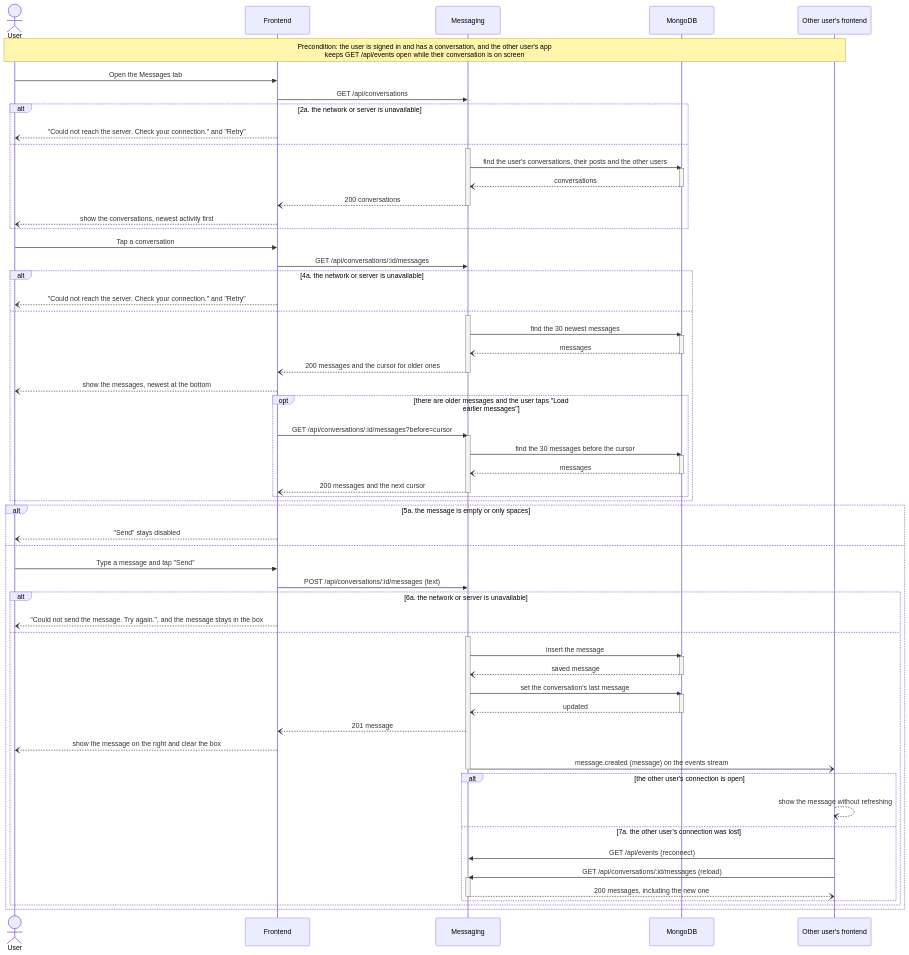
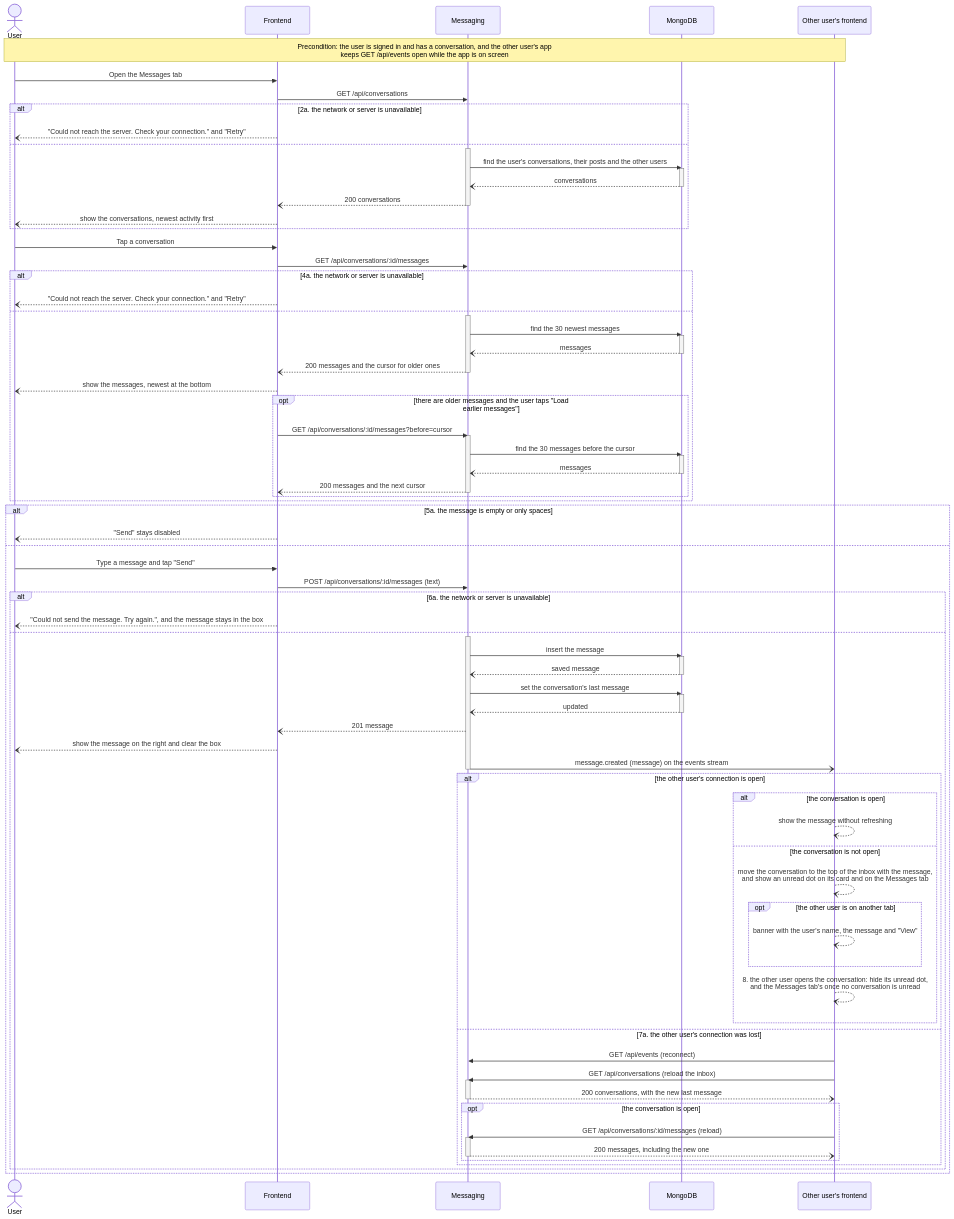
Before and after one commit to m1lun/MatchMarket: the fifth of 6 diagrams in documentation/Requirements_and_Design.md, drawn with Mermaid. The commit also changed other lines of this file and 7 other files, not shown here.

Commit message:
feat: show live updates outside the open chat (#245)

```diff
--- a/documentation/Requirements_and_Design.md
+++ b/documentation/Requirements_and_Design.md
@@ -733,7 +735,7 @@
     participant MS as Messaging
     participant DB as MongoDB
     participant O as Other user's frontend
-    Note over U,O: Precondition: the user is signed in and has a conversation, and the other user's app<br/>keeps GET /api/events open while their conversation is on screen
+    Note over U,O: Precondition: the user is signed in and has a conversation, and the other user's app<br/>keeps GET /api/events open while the app is on screen
     U->>FE: Open the Messages tab
     FE->>MS: GET /api/conversations
     alt 2a. the network or server is unavailable
@@ -794,13 +796,27 @@
             MS-)O: message.created (message) on the events stream
             deactivate MS
             alt the other user's connection is open
-                O--)O: show the message without refreshing
+                alt the conversation is open
+                    O--)O: show the message without refreshing
+                else the conversation is not open
+                    O--)O: move the conversation to the top of the inbox with the message,<br/>and show an unread dot on its card and on the Messages tab
+                    opt the other user is on another tab
+                        O--)O: banner with the user's name, the message and "View"
+                    end
+                    O--)O: 8. the other user opens the conversation: hide its unread dot,<br/>and the Messages tab's once no conversation is unread
+                end
             else 7a. the other user's connection was lost
                 O->>MS: GET /api/events (reconnect)
-                O->>MS: GET /api/conversations/:id/messages (reload)
+                O->>MS: GET /api/conversations (reload the inbox)
                 activate MS
-                MS--)O: 200 messages, including the new one
+                MS--)O: 200 conversations, with the new last message
                 deactivate MS
+                opt the conversation is open
+                    O->>MS: GET /api/conversations/:id/messages (reload)
+                    activate MS
+                    MS--)O: 200 messages, including the new one
+                    deactivate MS
+                end
             end
         end
     end
```
